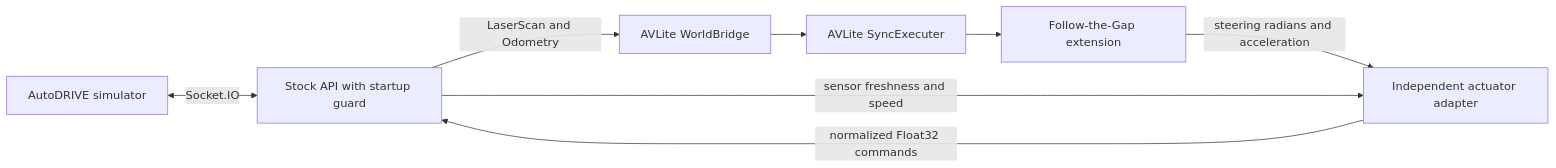
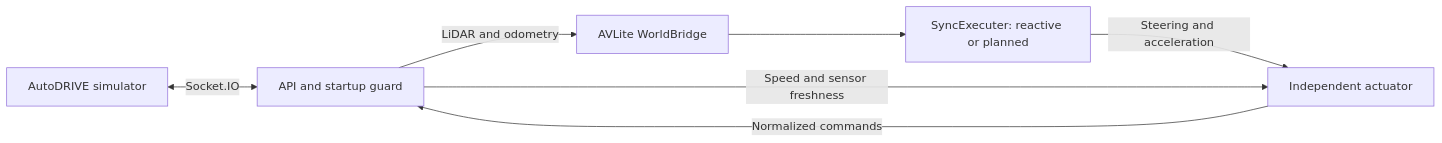
One commit to HamdanAlhajeri/autodrive-roboracer changed the diagram in docs/avlite-setup.md. Above: the diagram before and after it, drawn with Mermaid. The commit also changed other lines of this file and 10 other files, not shown here.

````diff
--- a/docs/avlite-setup.md
+++ b/docs/avlite-setup.md
@@ -14,10 +11,9 @@
 ```mermaid
 flowchart LR
-  Sim[AutoDRIVE simulator] <-->|Socket.IO| API[Stock API with startup guard]
-  API -->|LaserScan and Odometry| World[AVLite WorldBridge]
-  World --> Stack[AVLite SyncExecuter]
-  Stack --> FTG[Follow-the-Gap extension]
-  FTG -->|steering radians and acceleration| Adapter[Independent actuator adapter]
-  API -->|sensor freshness and speed| Adapter
-  Adapter -->|normalized Float32 commands| API
+  Sim[AutoDRIVE simulator] <-->|Socket.IO| API[API and startup guard]
+  API -->|LiDAR and odometry| World[AVLite WorldBridge]
+  World --> Stack[SyncExecuter: reactive or planned]
+  Stack -->|Steering and acceleration| Actuator[Independent actuator]
+  API -->|Speed and sensor freshness| Actuator
+  Actuator -->|Normalized commands| API
 ```
````
